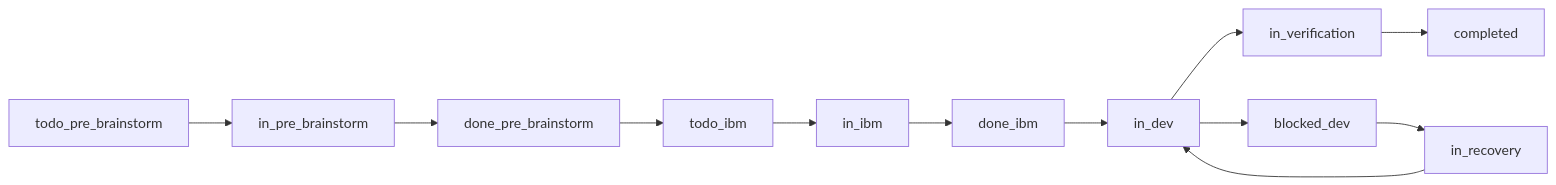
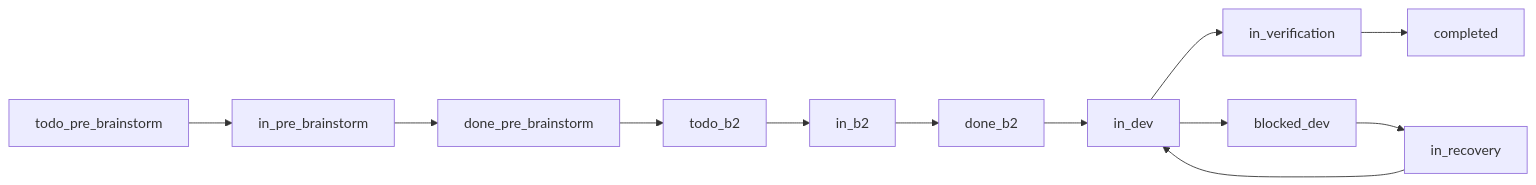
Before and after one commit to chatterzhao/freely: the diagram in docs/LAWS.md, drawn with Mermaid. The commit also changed other lines of this file and 3 other files, not shown here.

````diff
--- a/docs/LAWS.md
+++ b/docs/LAWS.md
@@ -269,15 +269,15 @@
 ```mermaid
 flowchart LR
     A[todo_pre_brainstorm] --> B[in_pre_brainstorm]
     B --> C[done_pre_brainstorm]
-    C --> D[todo_ibm]
-    D --> E[in_ibm]
-    E --> F[done_ibm]
+    C --> D[todo_b2]
+    D --> E[in_b2]
+    E --> F[done_b2]
     F --> G[in_dev]
     G --> H[in_verification]
     H --> J[completed]
 
     G --> K[blocked_dev]
     K --> L[in_recovery]
     L --> G
 ```
````
